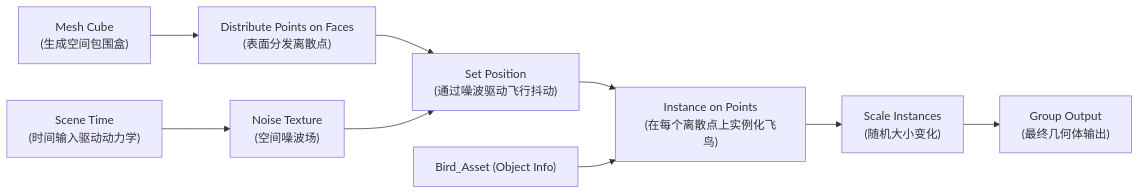
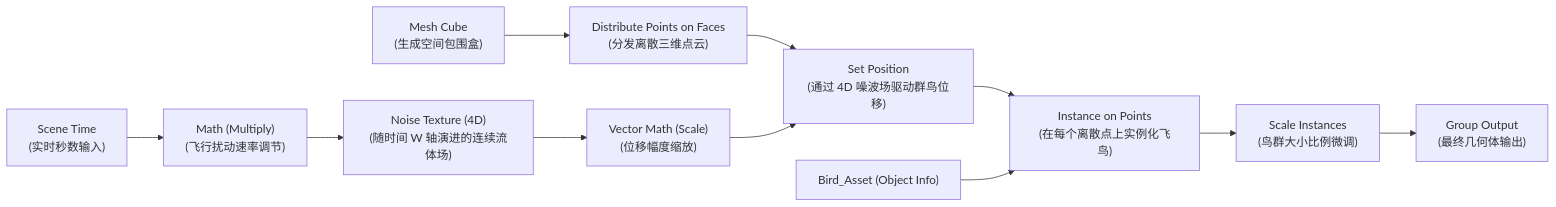
The diagram in tutorials/04_geometry_nodes/README.md (CestcaVision/blender-2hr-progressive-tutorial), drawn with Mermaid before and after one commit. The commit also changed other lines of this file and 17 other files, not shown here.

Commit message:
feat: upgrade 4D noise evolution vector math flight & close Issue #6

````diff
--- a/tutorials/04_geometry_nodes/README.md
+++ b/tutorials/04_geometry_nodes/README.md
@@ -19,11 +19,13 @@
 ```mermaid
 graph LR
-    Cube["Mesh Cube\n(生成空间包围盒)"] --> Distribute["Distribute Points on Faces\n(表面分发离散点)"]
-    Distribute --> SetPos["Set Position\n(通过噪波驱动飞行抖动)"]
-    SceneTime["Scene Time\n(时间输入驱动动力学)"] --> Noise["Noise Texture\n(空间噪波场)"]
-    Noise --> SetPos
+    Cube["Mesh Cube\n(生成空间包围盒)"] --> Distribute["Distribute Points on Faces\n(分发离散三维点云)"]
+    Distribute --> SetPos["Set Position\n(通过 4D 噪波场驱动群鸟位移)"]
+    SceneTime["Scene Time\n(实时秒数输入)"] --> MathSpeed["Math (Multiply)\n(飞行扰动速率调节)"]
+    MathSpeed --> Noise4D["Noise Texture (4D)\n(随时间 W 轴演进的连续流体场)"]
+    Noise4D --> VectorMath["Vector Math (Scale)\n(位移幅度缩放)"]
+    VectorMath --> SetPos
     SetPos --> Instance["Instance on Points\n(在每个离散点上实例化飞鸟)"]
     BirdMesh["Bird_Asset (Object Info)"] --> Instance
-    Instance --> Scale["Scale Instances\n(随机大小变化)"]
+    Instance --> Scale["Scale Instances\n(鸟群大小比例微调)"]
     Scale --> Output["Group Output\n(最终几何体输出)"]
 ```
````
